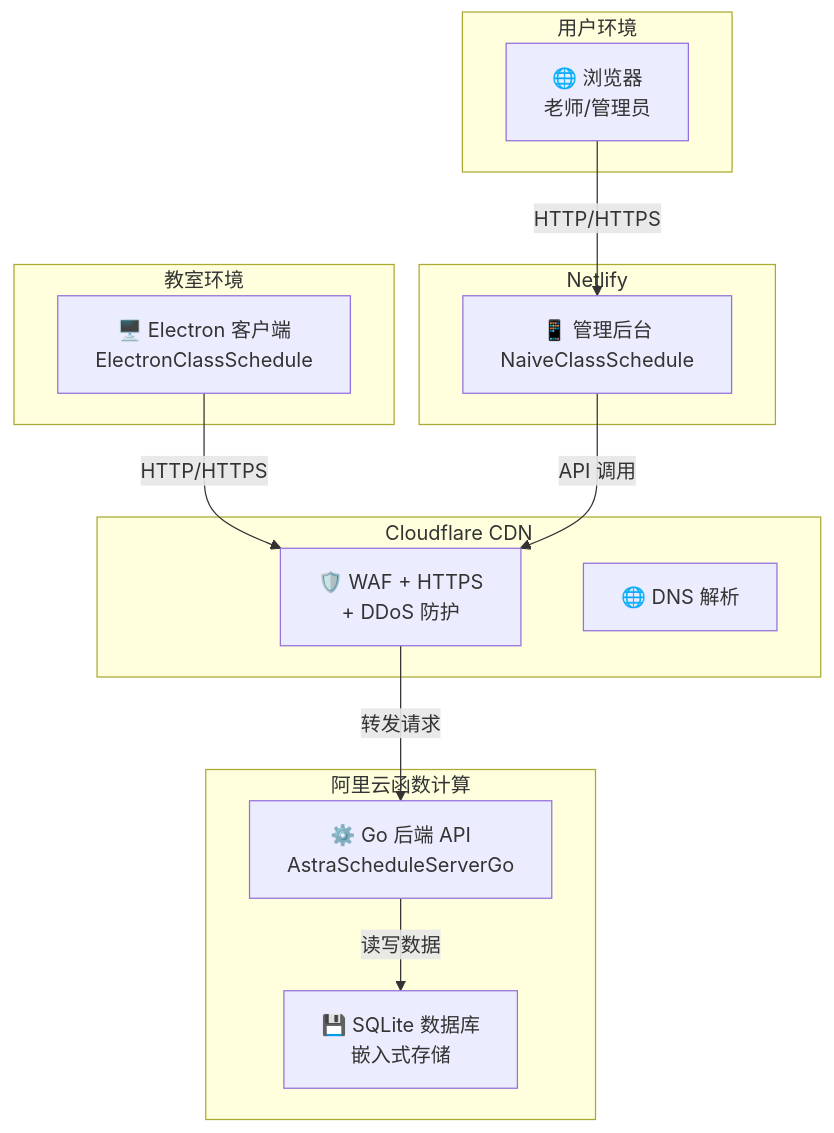
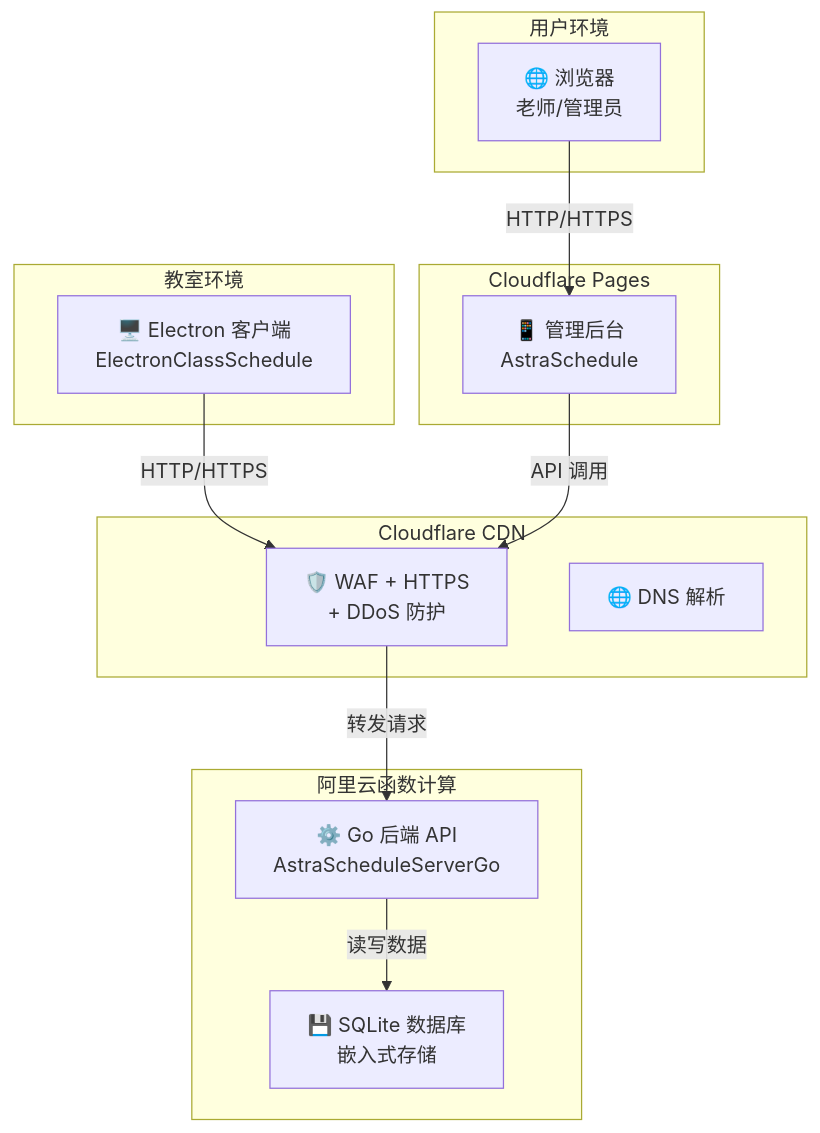
One commit to AstraSchedule/docs-site changed the diagram in docs/guide/lowcost/index.md. Above: the diagram before and after it, drawn with Mermaid. The commit also changed other lines of this file and 9 other files, not shown here.

Commit message:
📝 docs: 将管理端部署文档从 Netlify 全面更新为 Cloudflare Pages

````diff
--- a/docs/guide/lowcost/index.md
+++ b/docs/guide/lowcost/index.md
@@ -10,30 +10,30 @@
 ```mermaid
 graph TB
     subgraph "教室环境"
         Client["🖥️ Electron 客户端<br/>ElectronClassSchedule"]
     end
     
     subgraph "用户环境"
         Browser["🌐 浏览器<br/>老师/管理员"]
     end
     
     subgraph "Cloudflare CDN"
         WAF["🛡️ WAF + HTTPS<br/>+ DDoS 防护"]
         DNS["🌐 DNS 解析"]
     end
     
     subgraph "阿里云函数计算"
         Backend["⚙️ Go 后端 API<br/>AstraScheduleServerGo"]
         SQLite["💾 SQLite 数据库<br/>嵌入式存储"]
     end
     
-    subgraph "Netlify"
-        Admin["📱 管理后台<br/>NaiveClassSchedule"]
+    subgraph "Cloudflare Pages"
+        Admin["📱 管理后台<br/>AstraSchedule"]
     end
     
     Client -->|"HTTP/HTTPS"| WAF
     Browser -->|"HTTP/HTTPS"| Admin
     WAF -->|"转发请求"| Backend
     Backend -->|"读写数据"| SQLite
     Admin -->|"API 调用"| WAF
 ```
````
